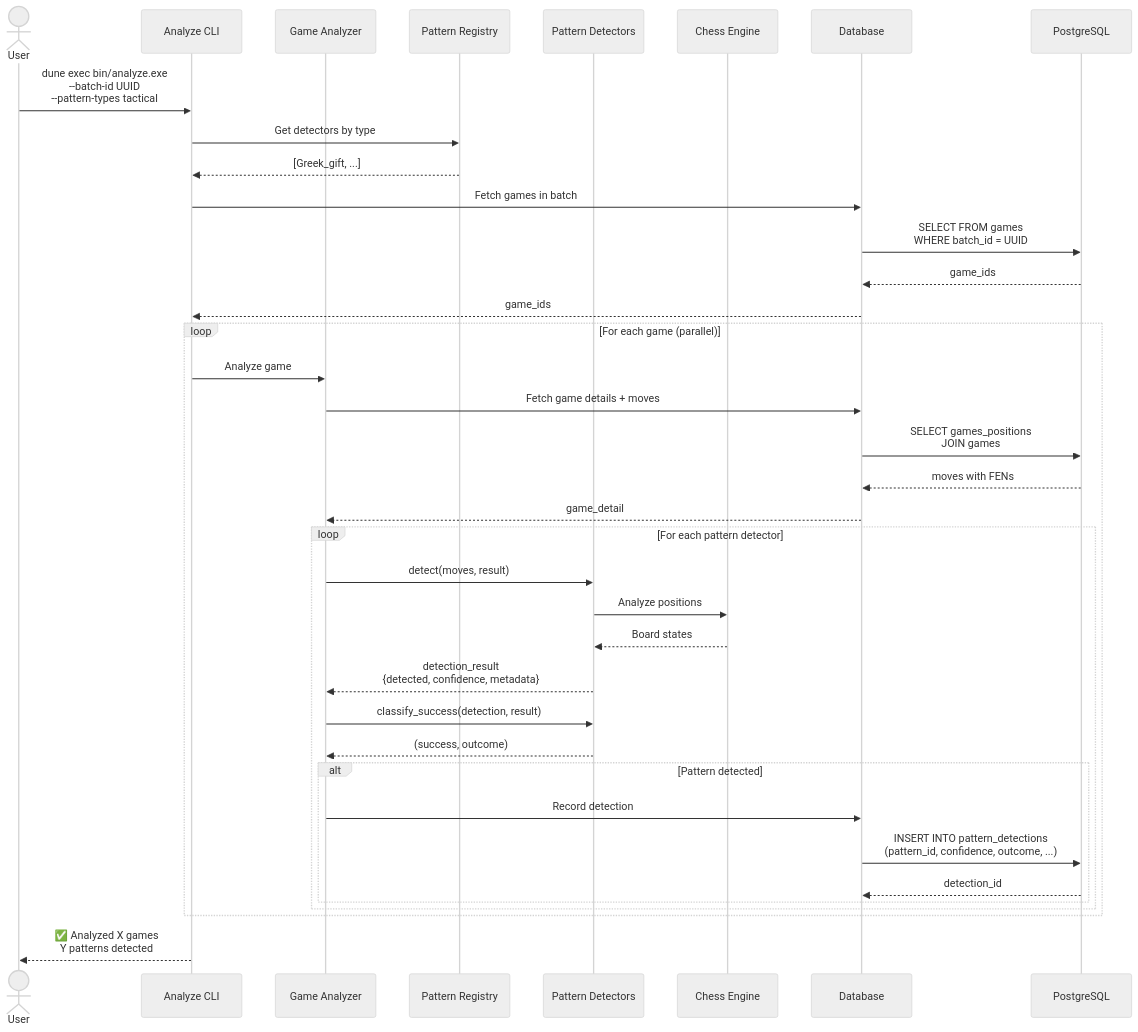
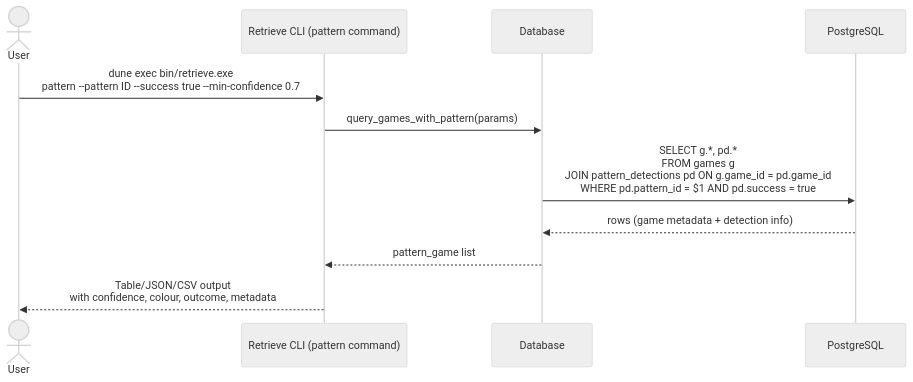
Before and after one commit to HendrikReh/chessbuddy: the third of 9 diagrams in docs/ARCHITECTURE_DIAGRAM.md, drawn with Mermaid (neutral theme). The commit also changed other lines of this file and 13 other files, not shown here.

Commit message:
doc: All key docs reflect the new pattern framework, CLI filters, and ops workflows, and the code changes are aligned.

````diff
--- a/docs/ARCHITECTURE_DIAGRAM.md
+++ b/docs/ARCHITECTURE_DIAGRAM.md
@@ -175,49 +179,17 @@
 ```mermaid
 sequenceDiagram
     actor User
-    participant CLI as Analyze CLI
-    participant Analyzer as Game Analyzer
-    participant Registry as Pattern Registry
-    participant Detector as Pattern Detectors
-    participant Chess as Chess Engine
+    participant CLI as Retrieve CLI (pattern command)
     participant DB as Database
     participant PG as PostgreSQL
 
-    User->>CLI: dune exec bin/analyze.exe<br/>--batch-id UUID<br/>--pattern-types tactical
-    CLI->>Registry: Get detectors by type
-    Registry-->>CLI: [Greek_gift, ...]
+    User->>CLI: dune exec bin/retrieve.exe<br/>pattern --pattern ID --success true --min-confidence 0.7
 
-    CLI->>DB: Fetch games in batch
-    DB->>PG: SELECT FROM games<br/>WHERE batch_id = UUID
-    PG-->>DB: game_ids
-    DB-->>CLI: game_ids
+    CLI->>DB: query_games_with_pattern(params)
+    DB->>PG: SELECT g.*, pd.*<br/>FROM games g<br/>JOIN pattern_detections pd ON g.game_id = pd.game_id<br/>WHERE pd.pattern_id = $1 AND pd.success = true
 
-    loop For each game (parallel)
-        CLI->>Analyzer: Analyze game
+    PG-->>DB: rows (game metadata + detection info)
+    DB-->>CLI: pattern_game list
 
-        Analyzer->>DB: Fetch game details + moves
-        DB->>PG: SELECT games_positions<br/>JOIN games
-        PG-->>DB: moves with FENs
-        DB-->>Analyzer: game_detail
-
-        loop For each pattern detector
-            Analyzer->>Detector: detect(moves, result)
-
-            Detector->>Chess: Analyze positions
-            Chess-->>Detector: Board states
-
-            Detector-->>Analyzer: detection_result<br/>{detected, confidence, metadata}
-
-            Analyzer->>Detector: classify_success(detection, result)
-            Detector-->>Analyzer: (success, outcome)
-
-            alt Pattern detected
-                Analyzer->>DB: Record detection
-                DB->>PG: INSERT INTO pattern_detections<br/>(pattern_id, confidence, outcome, ...)
-                PG-->>DB: detection_id
-            end
-        end
-    end
-
-    CLI-->>User: ✅ Analyzed X games<br/>Y patterns detected
+    CLI-->>User: Table/JSON/CSV output<br/>with confidence, colour, outcome, metadata
 ```
````
